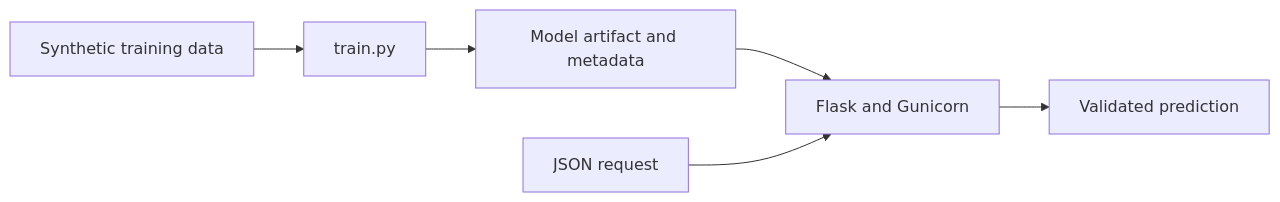
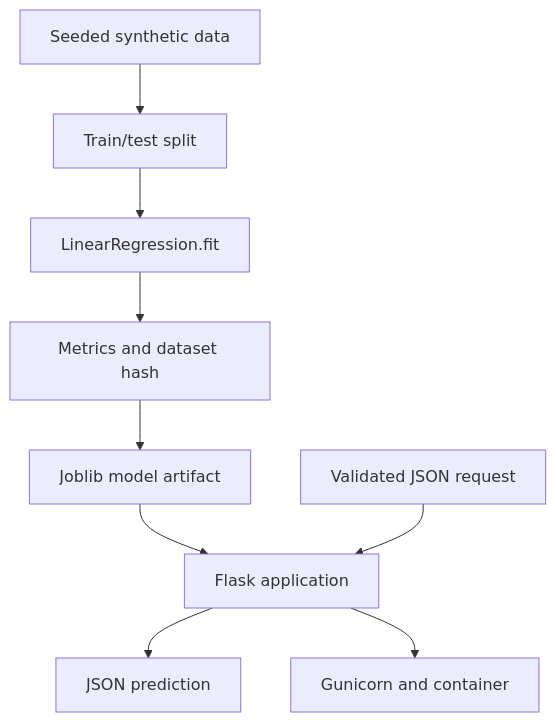
The diagram in chapters/02-mlops-foundations/labs/05-flask-ml-api/README.md (moahmedzaghloula/practical-mlops-book), drawn with Mermaid before and after one commit. The commit also changed other lines of this file and 14 other files, not shown here.

````diff
--- a/chapters/02-mlops-foundations/labs/05-flask-ml-api/README.md
+++ b/chapters/02-mlops-foundations/labs/05-flask-ml-api/README.md
@@ -9,8 +23,11 @@
 ```mermaid
-flowchart LR
-    A["Synthetic training data"] --> B["train.py"]
-    B --> C["Model artifact and metadata"]
-    C --> D["Flask and Gunicorn"]
-    E["JSON request"] --> D
-    D --> F["Validated prediction"]
+flowchart TD
+    A["Seeded synthetic data"] --> B["Train/test split"]
+    B --> C["LinearRegression.fit"]
+    C --> D["Metrics and dataset hash"]
+    D --> E["Joblib model artifact"]
+    E --> F["Flask application"]
+    G["Validated JSON request"] --> F
+    F --> H["JSON prediction"]
+    F --> I["Gunicorn and container"]
 ```
````
